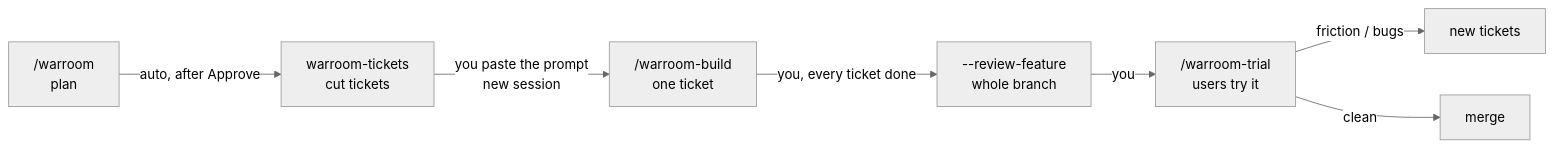
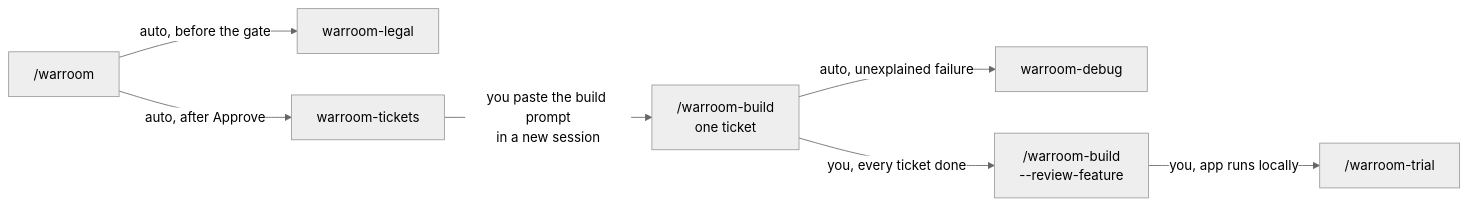
Before and after one commit to mousemouse094526/kiki-kit: the first of 8 diagrams in docs/flow.md, drawn with Mermaid (neutral theme). The commit also changed other lines of this file and 1 other file, not shown here.

Commit message:
docs(flow): restore the original whole-path diagram

````diff
--- a/docs/flow.md
+++ b/docs/flow.md
@@ -44,17 +44,17 @@
 ```mermaid
 flowchart LR
-    W["/warroom<br/>plan"]
-    T["warroom-tickets<br/>cut tickets"]
+    W["/warroom"]
+    L["warroom-legal"]
+    T["warroom-tickets"]
     B["/warroom-build<br/>one ticket"]
-    R["--review-feature<br/>whole branch"]
-    TR["/warroom-trial<br/>users try it"]
-    NT["new tickets"]
-    M["merge"]
+    D["warroom-debug"]
+    R["/warroom-build<br/>--review-feature"]
+    TR["/warroom-trial"]
 
+    W -->|auto, before the gate| L
     W -->|auto, after Approve| T
-    T -->|you paste the prompt<br/>new session| B
+    T -->|you paste the build prompt<br/>in a new session| B
+    B -->|auto, unexplained failure| D
     B -->|you, every ticket done| R
-    R -->|you| TR
-    TR -->|friction / bugs| NT
-    TR -->|clean| M
+    R -->|you, app runs locally| TR
 ```
````
